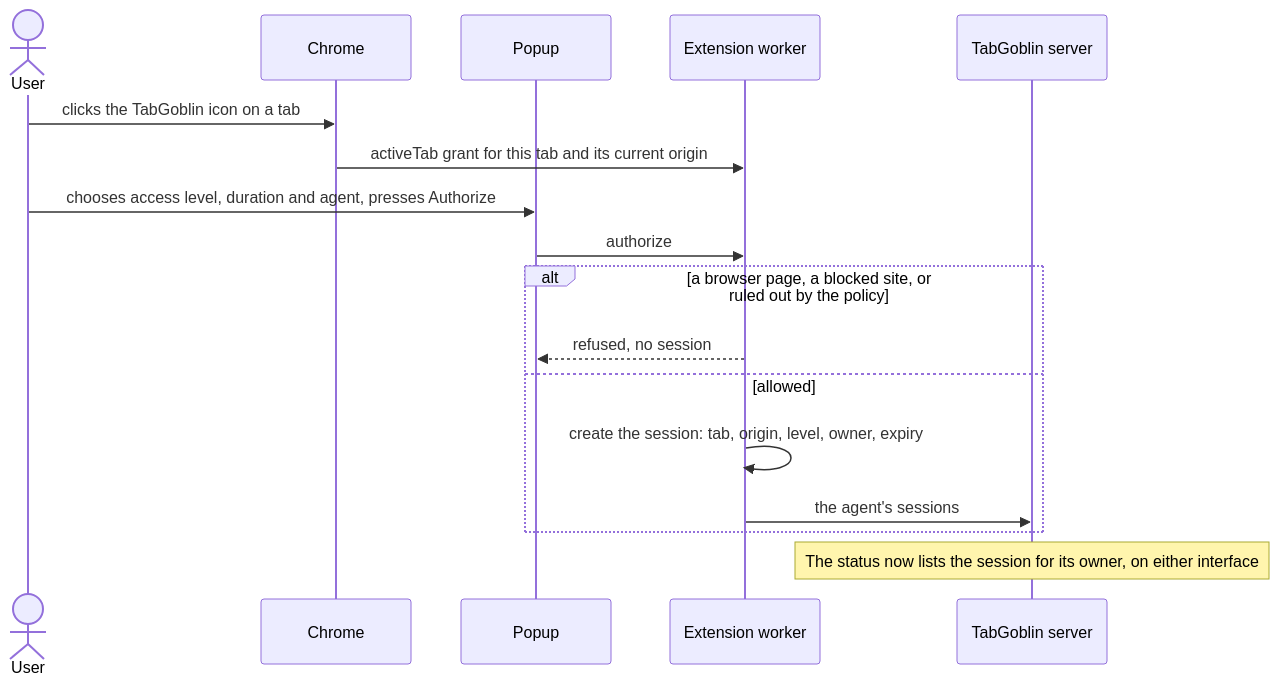
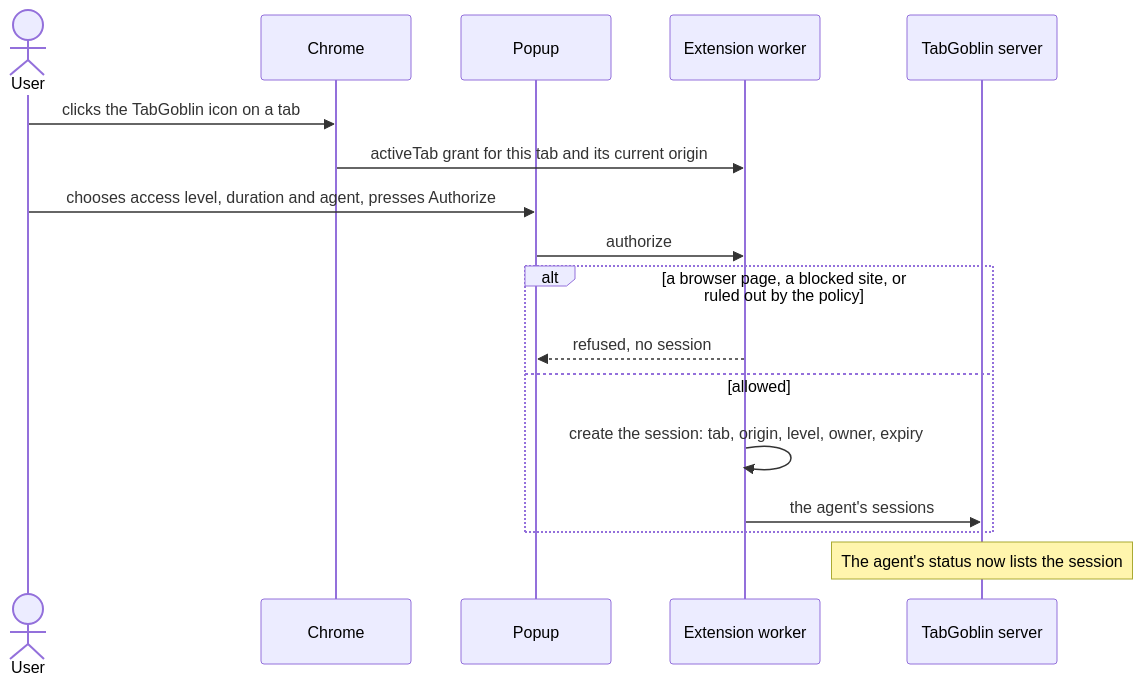
Before and after one commit to LaughingManCommits/TabGoblin: the second of 6 diagrams in docs/architecture.md, drawn with Mermaid. The commit also changed other lines of this file and 7 other files, not shown here.

First line of the commit message:
Every diagram looked at again, and what was wrong in them mended

````diff
--- a/docs/architecture.md
+++ b/docs/architecture.md
@@ -197,19 +197,19 @@
 ```mermaid
 sequenceDiagram
   actor U as User
   participant C as Chrome
   participant P as Popup
   participant B as Extension worker
   participant S as TabGoblin server
   U->>C: clicks the TabGoblin icon on a tab
   C->>B: activeTab grant for this tab and its current origin
   U->>P: chooses access level, duration and agent, presses Authorize
   P->>B: authorize
   alt a browser page, a blocked site, or ruled out by the policy
     B-->>P: refused, no session
   else allowed
     B->>B: create the session: tab, origin, level, owner, expiry
     B->>S: the agent's sessions
   end
-  Note over S: The status now lists the session for its owner, on either interface
+  Note over S: The agent's status now lists the session
 ```
````
